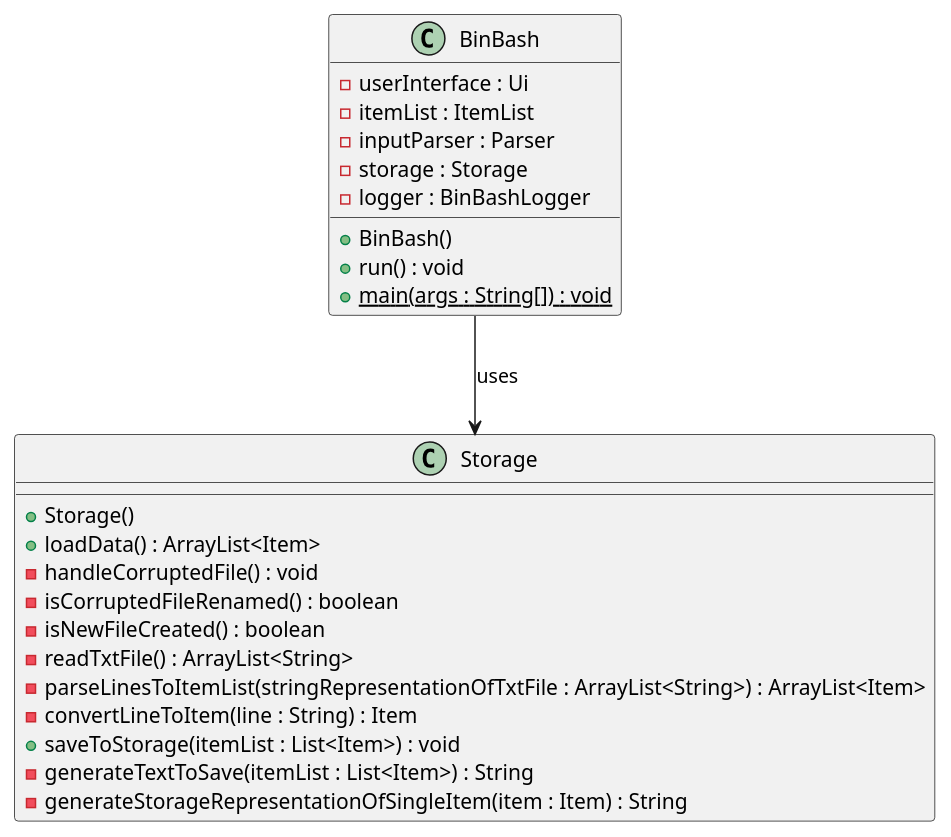
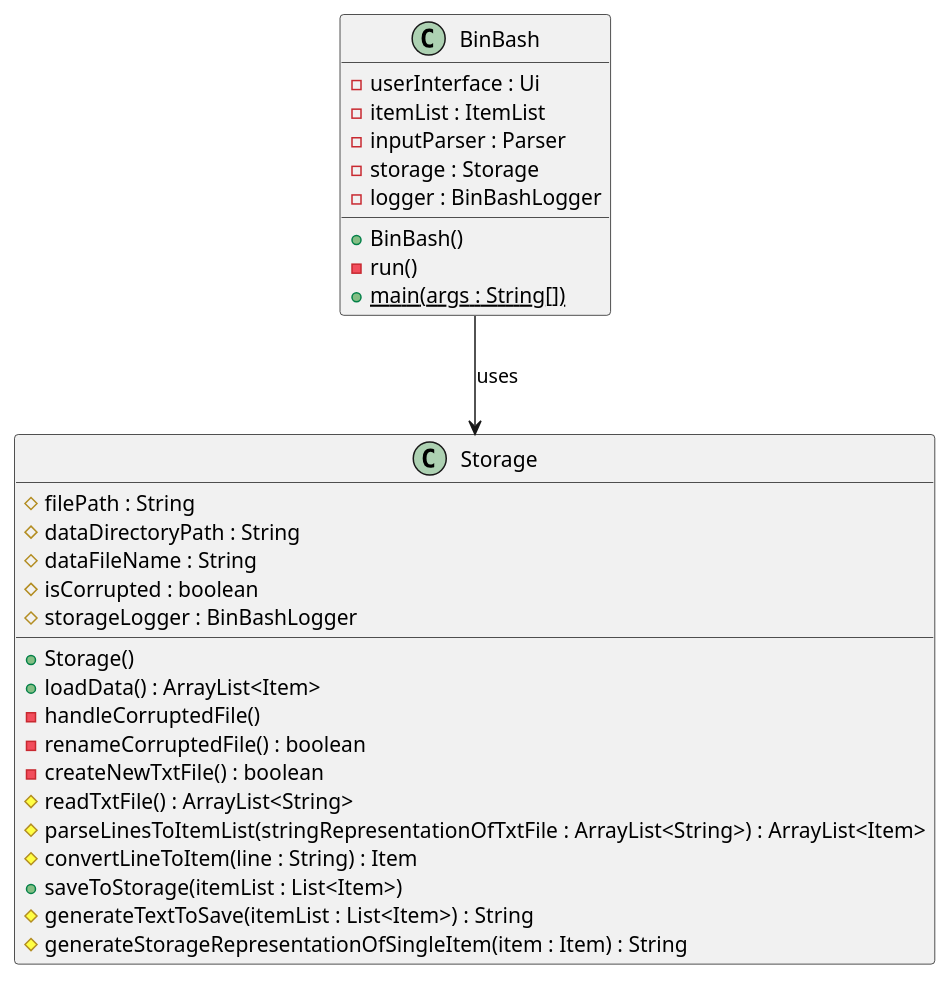
Before and after one commit to AY2324S2-CS2113T-T09-2/tp: the diagram in docs/diagrams/StorageClassDiagram.puml, drawn with PlantUML.

Commit message:
Update StorageClassDiagram

```diff
--- a/docs/diagrams/StorageClassDiagram.puml
+++ b/docs/diagrams/StorageClassDiagram.puml
@@ -1,32 +1,39 @@
 @startuml
 class BinBash {
 
     - userInterface : Ui
     - itemList : ItemList
     - inputParser : Parser
     - storage : Storage
     - logger : BinBashLogger
 
     + {method} BinBash()
-    + {method} run() : void
-    + {static} main(args : String[]) : void
+    - {method} run()
+    + {static} main(args : String[])
 
 }
 
 class Storage {
 
+    # filePath : String
+    # dataDirectoryPath : String
+    # dataFileName : String
+    # isCorrupted : boolean
+    # storageLogger : BinBashLogger
+
     + {method} Storage()
     + {method} loadData() : ArrayList<Item>
-    - {method} handleCorruptedFile() : void
-    - {method} isCorruptedFileRenamed() : boolean
-    - {method} isNewFileCreated() : boolean
-    - {method} readTxtFile() : ArrayList<String>
-    - {method} parseLinesToItemList(stringRepresentationOfTxtFile : ArrayList<String>) : ArrayList<Item>
-    - {method} convertLineToItem(line : String) : Item
-    + {method} saveToStorage(itemList : List<Item>) : void
-    - {method} generateTextToSave(itemList : List<Item>) : String
-    - {method} generateStorageRepresentationOfSingleItem(item : Item) : String
+    - {method} handleCorruptedFile()
+    - {method} renameCorruptedFile() : boolean
+    - {method} createNewTxtFile() : boolean
+    # {method} readTxtFile() : ArrayList<String>
+    # {method} parseLinesToItemList(stringRepresentationOfTxtFile : ArrayList<String>) : ArrayList<Item>
+    # {method} convertLineToItem(line : String) : Item
+    + {method} saveToStorage(itemList : List<Item>)
+    # {method} generateTextToSave(itemList : List<Item>) : String
+    # {method} generateStorageRepresentationOfSingleItem(item : Item) : String
+
 }
 
 BinBash --> Storage : uses
 @enduml
```
